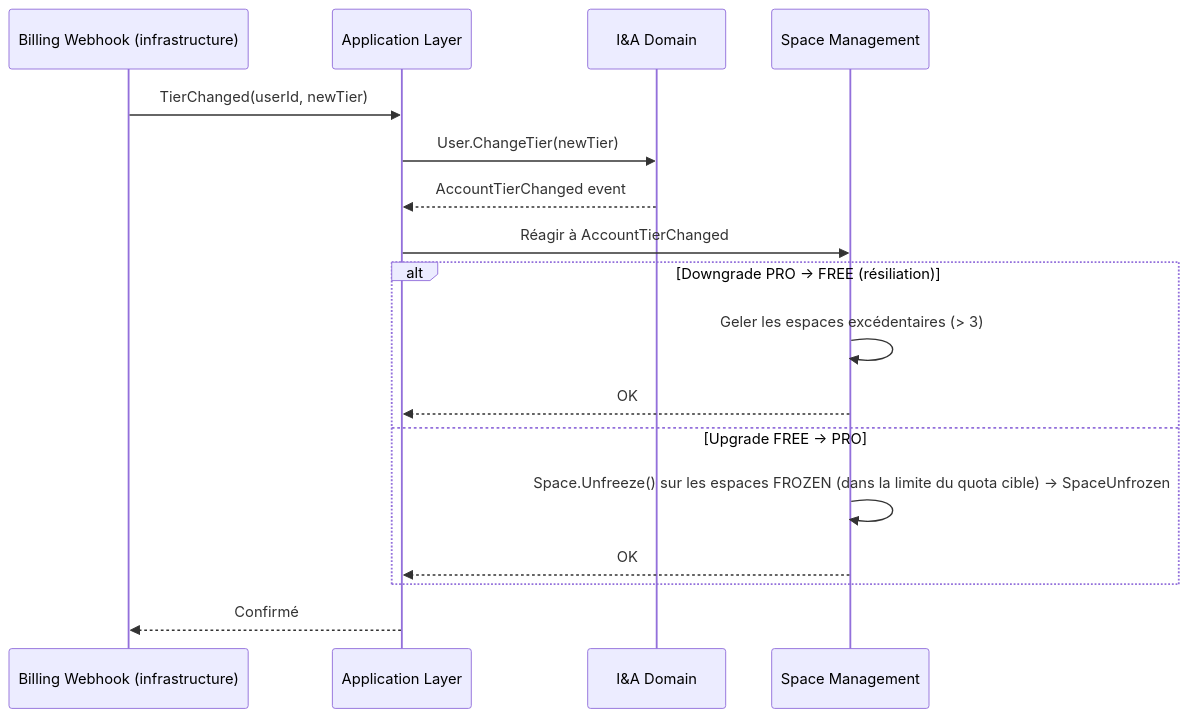
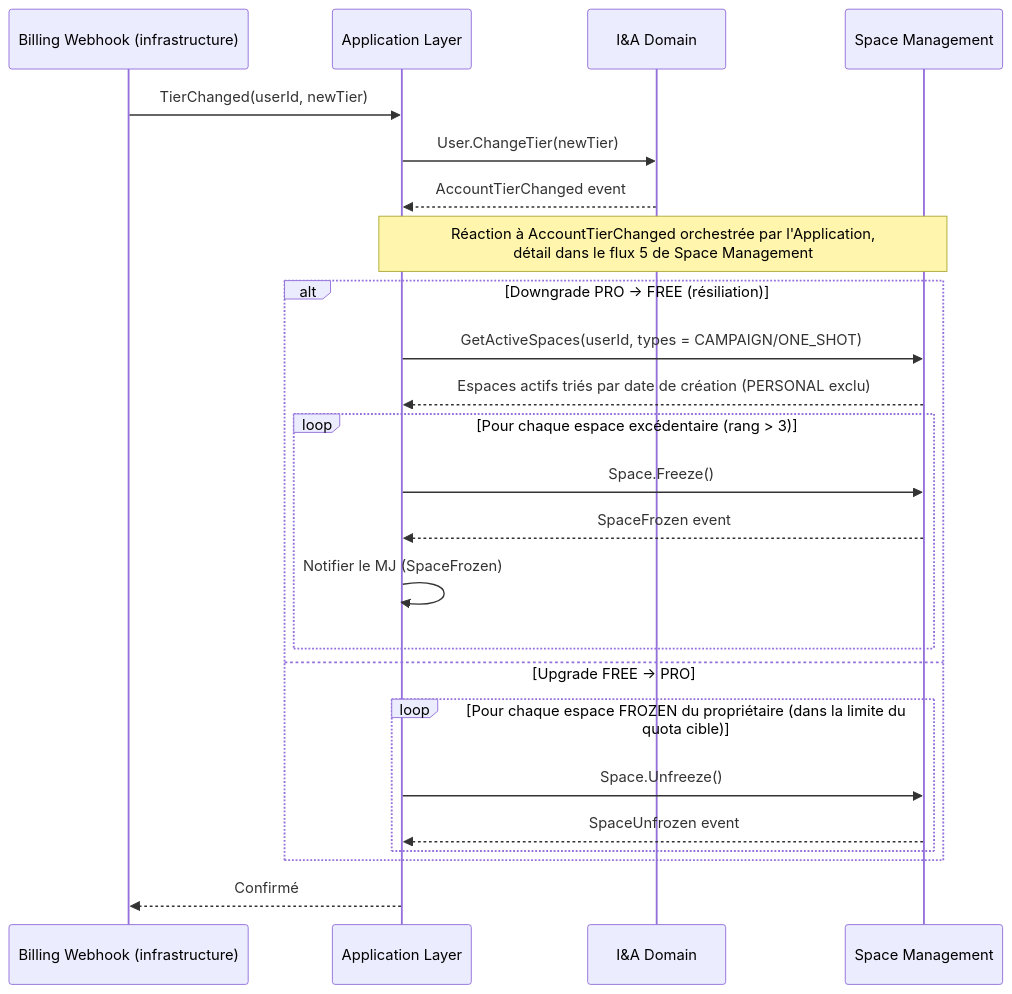
Before and after one commit to 2025-10-CDA-ECO-P6/PM-micro-saas: the fifth of 6 diagrams in docs/domaine/identity-access/flows.md, drawn with Mermaid. The commit also changed 1 other file, not shown here.

Commit message:
docs(domaine): une seule orchestration du gel et du dégel des espaces
Le flux 5 d'Identity & Access faisait geler Space Management en interne,
le flux 5 de Space Management faisait orchestrer l'Application. Choix :
l'Application. Freeze() et Unfreeze() sont des commandes d'un agrégat
Space ; choisir les espaces excédentaires parmi plusieurs agrégats ne
peut pas se faire dans l'un d'eux. C'est le même patron que le quota du
flux 1 et GetBlockingSpaces. Les deux flux notifient le MJ du gel,
puisque l'Application consomme SpaceFrozen (UC-15 § 6, catalogue).

````diff
--- a/docs/domaine/identity-access/flows.md
+++ b/docs/domaine/identity-access/flows.md
@@ -107,20 +107,27 @@
 ```mermaid
 sequenceDiagram
     participant Billing as Billing Webhook (infrastructure)
     participant App as Application Layer
     participant IA as I&A Domain
     participant SM as Space Management
 
     Billing->>App: TierChanged(userId, newTier)
     App->>IA: User.ChangeTier(newTier)
     IA-->>App: AccountTierChanged event
-    App->>SM: Réagir à AccountTierChanged
+    Note over App,SM: Réaction à AccountTierChanged orchestrée par l'Application,<br/>détail dans le flux 5 de Space Management
     alt Downgrade PRO → FREE (résiliation)
-        SM->>SM: Geler les espaces excédentaires (> 3)
-        SM-->>App: OK
+        App->>SM: GetActiveSpaces(userId, types = CAMPAIGN/ONE_SHOT)
+        SM-->>App: Espaces actifs triés par date de création (PERSONAL exclu)
+        loop Pour chaque espace excédentaire (rang > 3)
+            App->>SM: Space.Freeze()
+            SM-->>App: SpaceFrozen event
+            App->>App: Notifier le MJ (SpaceFrozen)
+        end
     else Upgrade FREE → PRO
-        SM->>SM: Space.Unfreeze() sur les espaces FROZEN (dans la limite du quota cible) → SpaceUnfrozen
-        SM-->>App: OK
+        loop Pour chaque espace FROZEN du propriétaire (dans la limite du quota cible)
+            App->>SM: Space.Unfreeze()
+            SM-->>App: SpaceUnfrozen event
+        end
     end
     App-->>Billing: Confirmé
 ```
````
